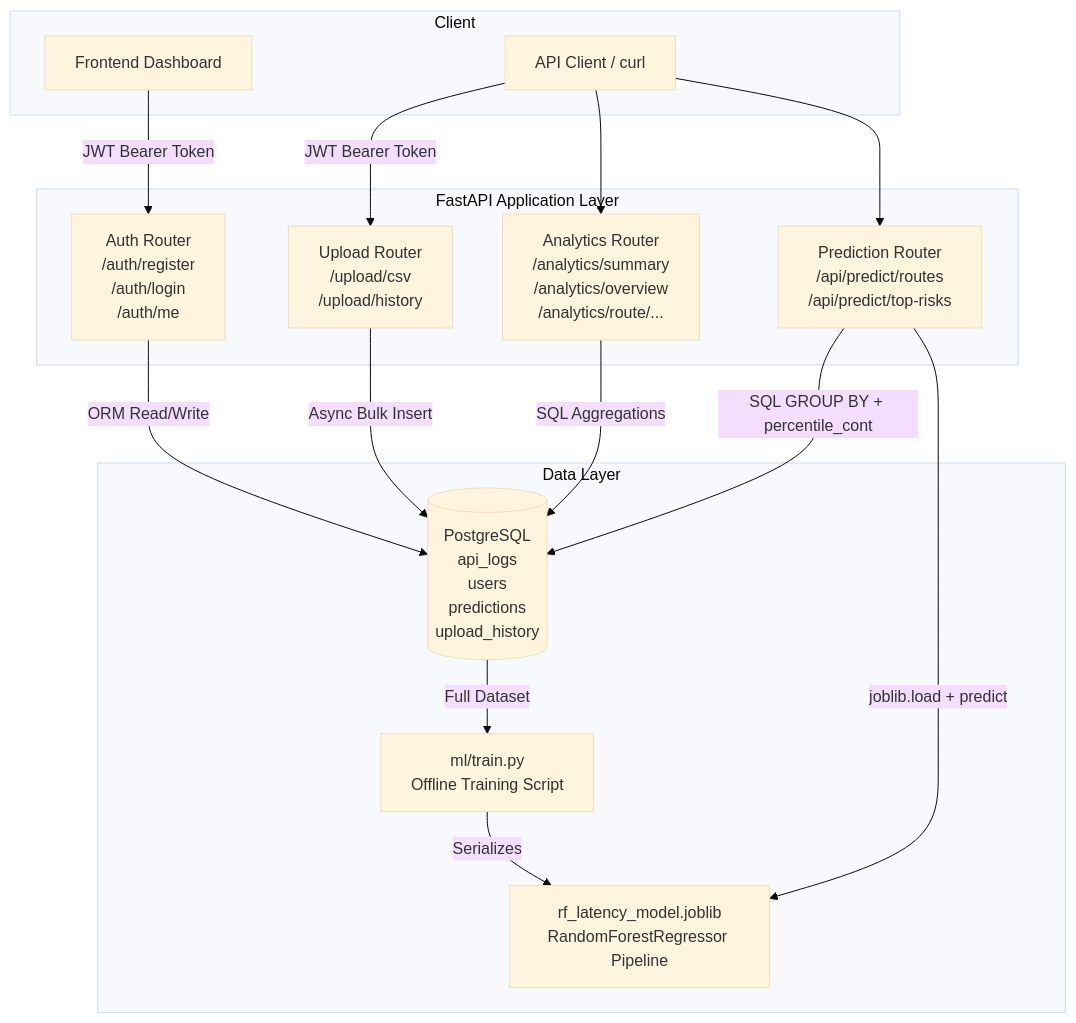
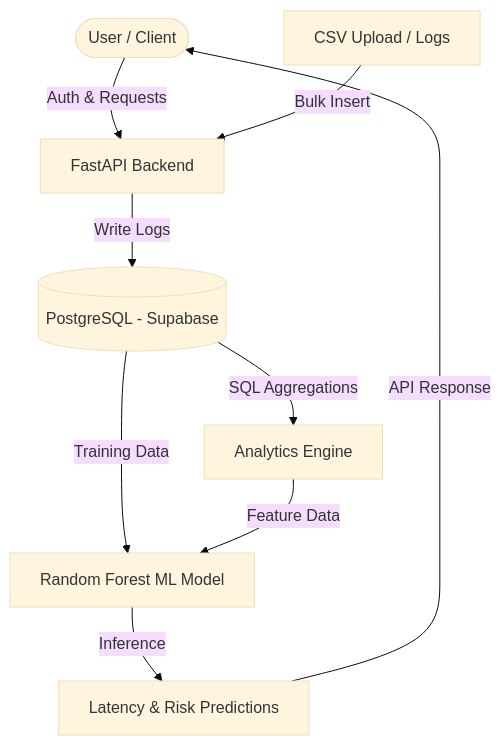
Before and after one commit to Neelr1912/API_PULSE: the diagram in README.md, drawn with Mermaid (base theme). The commit also changed other lines of this file, not shown here.

````diff
--- a/README.md
+++ b/README.md
@@ -65,35 +39,19 @@
 ```mermaid
 graph TD
-    subgraph Client
-        Dashboard[Frontend Dashboard]
-        APIClient[API Client / curl]
-    end
+    User([User / Client])
+    UploadLogs[CSV Upload / Logs]
+    FastAPI[FastAPI Backend]
+    PostgreSQL[(PostgreSQL - Supabase)]
+    Analytics[Analytics Engine]
+    MLModel[Random Forest ML Model]
+    Predictions[Latency & Risk Predictions]
 
-    subgraph FastAPI Application Layer
-        Auth[Auth Router\n/auth/register\n/auth/login\n/auth/me]
-        Upload[Upload Router\n/upload/csv\n/upload/history]
-        Analytics[Analytics Router\n/analytics/summary\n/analytics/overview\n/analytics/route/...]
-        Predict[Prediction Router\n/api/predict/routes\n/api/predict/top-risks]
-    end
-
-    subgraph Data Layer
-        DB[(PostgreSQL\napi_logs\nusers\npredictions\nupload_history)]
-        MLModel[rf_latency_model.joblib\nRandomForestRegressor Pipeline]
-        TrainScript[ml/train.py\nOffline Training Script]
-    end
-
-    Dashboard -->|JWT Bearer Token| Auth
-    APIClient -->|JWT Bearer Token| Upload
-    APIClient --> Analytics
-    APIClient --> Predict
-
-    Auth -->|ORM Read/Write| DB
-    Upload -->|Async Bulk Insert| DB
-    Analytics -->|SQL Aggregations| DB
-
-    DB -->|Full Dataset| TrainScript
-    TrainScript -->|Serializes| MLModel
-
-    Predict -->|SQL GROUP BY + percentile_cont| DB
-    Predict -->|joblib.load + predict| MLModel
+    User -->|Auth & Requests| FastAPI
+    UploadLogs -->|Bulk Insert| FastAPI
+    FastAPI -->|Write Logs| PostgreSQL
+    PostgreSQL -->|SQL Aggregations| Analytics
+    PostgreSQL -->|Training Data| MLModel
+    Analytics -->|Feature Data| MLModel
+    MLModel -->|Inference| Predictions
+    Predictions -->|API Response| User
 ```
````
